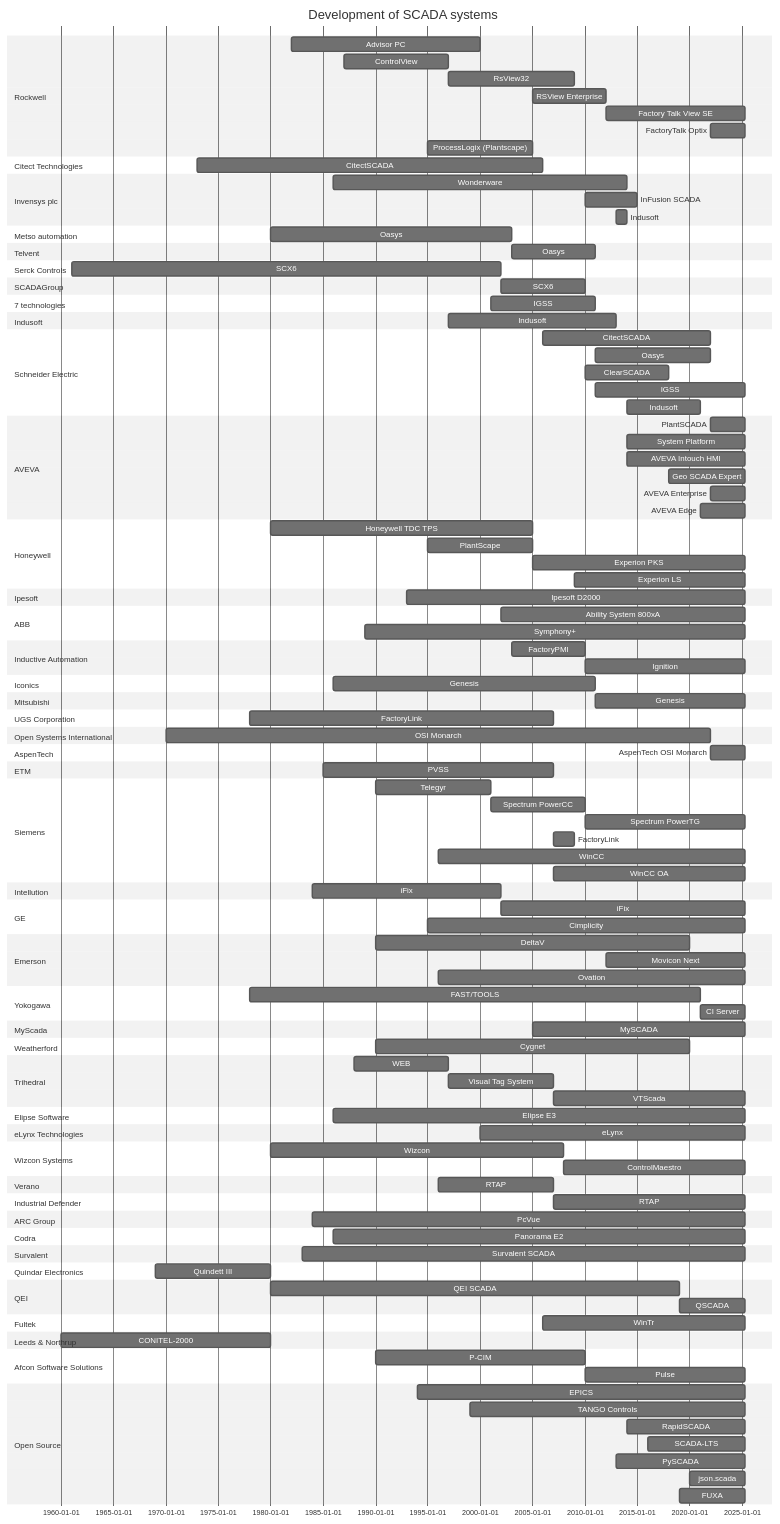
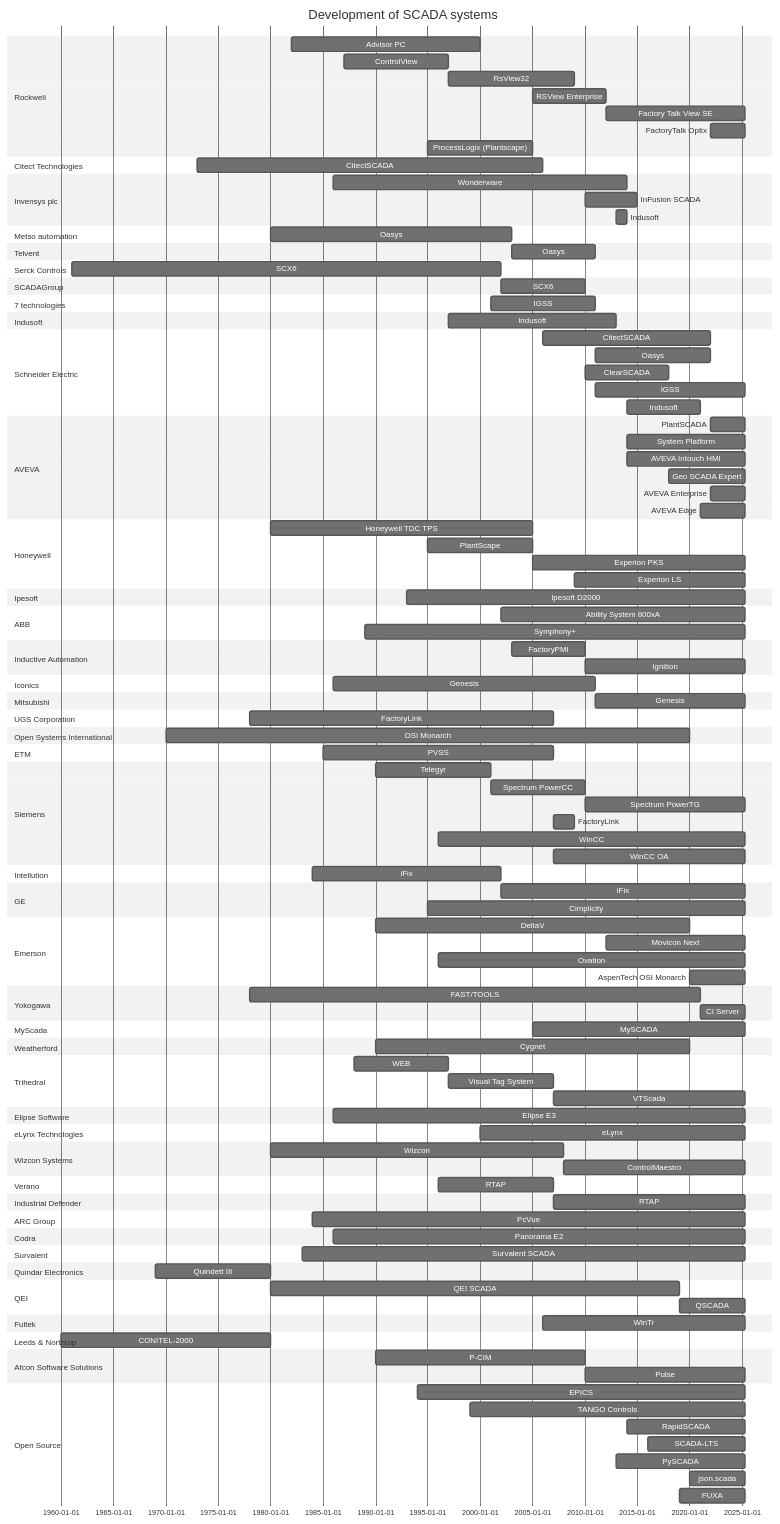
One commit to hutcheb/scada-timeline changed the diagram in README.md. Above: the diagram before and after it, drawn with Mermaid (neutral theme).

Commit message:
fix: OSI Monarch Emerson, Aspentech Mix

```diff
--- a/README.md
+++ b/README.md
@@ -92,10 +92,7 @@
         FactoryLink : factorylink, 1978, 2007
     section Open Systems International
         %%(https://en.wikipedia.org/wiki/Open_Systems_International)
-        OSI Monarch : osi_monach, 1970, 2022
-    section AspenTech
-        %%(https://en.wikipedia.org/wiki/Aspen_Technology)
-        AspenTech OSI Monarch : after osi_monach, until 2025
+        OSI Monarch : osi_monach, 1970, 2020
     section ETM
         PVSS : pvss, 1985, 2007
     section Siemens
@@ -124,6 +121,8 @@
         Movicon Next : 2012, until 2025
         %%(https://www.reddit.com/r/SCADA/comments/1jwldin/comment/mmr7ire/?context=3)
         Ovation : 1996, until 2025
+        %%(https://en.wikipedia.org/wiki/Aspen_Technology)
+        AspenTech OSI Monarch : after osi_monach, until 2025
     section Yokogawa 
         %%(https://www.yokogawa.com/au/solutions/products-and-services/lifecycle-services/scada-as-a-service/)
         FAST/TOOLS : fasttools, 1978, 2021
```
